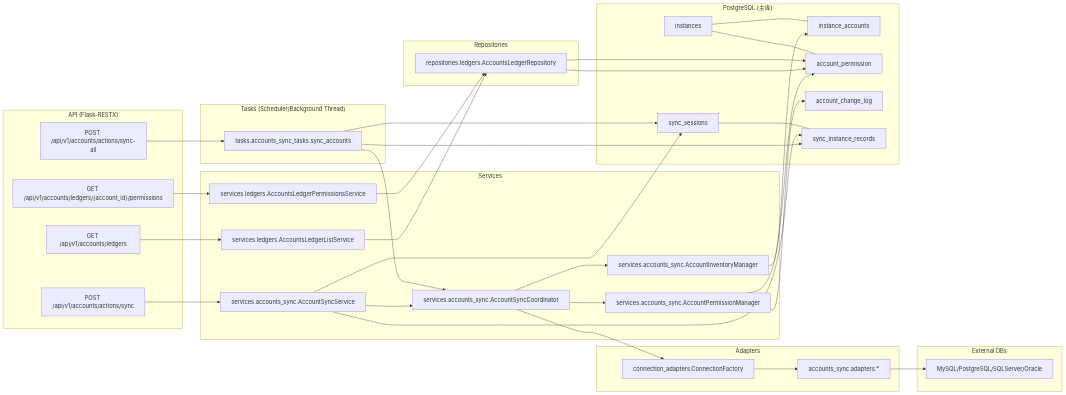
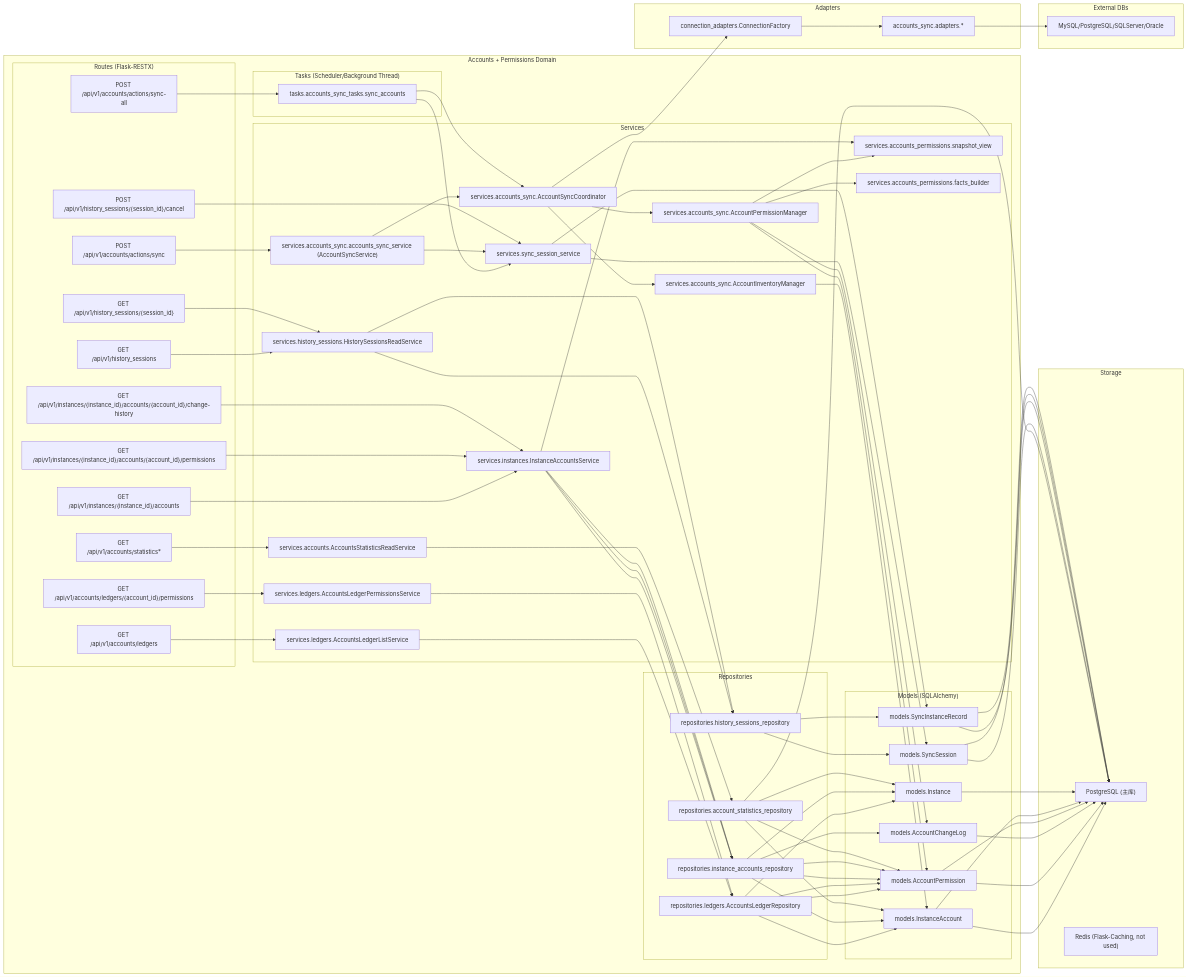
One commit to nyealovey/WhaleFall changed the first of 11 diagrams in docs/architecture/accounts-permissions-domain.md. Above: the diagram before and after it, drawn with Mermaid. The commit also changed other lines of this file, not shown here.

Commit message:
新增账户域
💎 Built using [Crystal](https://github.com/stravu/crystal)

````diff
--- a/docs/architecture/accounts-permissions-domain.md
+++ b/docs/architecture/accounts-permissions-domain.md
@@ -31,27 +31,56 @@
 ```mermaid
 flowchart LR
-  subgraph API["API (Flask-RESTX)"]
-    SyncAll["POST /api/v1/accounts/actions/sync-all"]
-    SyncOne["POST /api/v1/accounts/actions/sync"]
-    LedgerList["GET /api/v1/accounts/ledgers"]
-    LedgerPerm["GET /api/v1/accounts/ledgers/{account_id}/permissions"]
-  end
+  subgraph Domain["Accounts + Permissions Domain"]
+    subgraph Routes["Routes (Flask-RESTX)"]
+      SyncAll["POST /api/v1/accounts/actions/sync-all"]
+      SyncOne["POST /api/v1/accounts/actions/sync"]
+      LedgerList["GET /api/v1/accounts/ledgers"]
+      LedgerPerm["GET /api/v1/accounts/ledgers/{account_id}/permissions"]
+      Stats["GET /api/v1/accounts/statistics*"]
 
-  subgraph Tasks["Tasks (Scheduler/Background Thread)"]
-    SyncTask["tasks.accounts_sync_tasks.sync_accounts"]
-  end
+      InstAccounts["GET /api/v1/instances/{instance_id}/accounts"]
+      InstPerm["GET /api/v1/instances/{instance_id}/accounts/{account_id}/permissions"]
+      InstHistory["GET /api/v1/instances/{instance_id}/accounts/{account_id}/change-history"]
 
-  subgraph Services["Services"]
-    SyncSvc["services.accounts_sync.AccountSyncService"]
-    Coordinator["services.accounts_sync.AccountSyncCoordinator"]
-    Inventory["services.accounts_sync.AccountInventoryManager"]
-    PermMgr["services.accounts_sync.AccountPermissionManager"]
-    LedgerListSvc["services.ledgers.AccountsLedgerListService"]
-    LedgerPermSvc["services.ledgers.AccountsLedgerPermissionsService"]
-  end
+      SessList["GET /api/v1/history_sessions"]
+      SessDetail["GET /api/v1/history_sessions/{session_id}"]
+      SessCancel["POST /api/v1/history_sessions/{session_id}/cancel"]
+    end
 
-  subgraph Repos["Repositories"]
-    LedgerRepo["repositories.ledgers.AccountsLedgerRepository"]
+    subgraph Tasks["Tasks (Scheduler/Background Thread)"]
+      SyncTask["tasks.accounts_sync_tasks.sync_accounts"]
+    end
+
+    subgraph Services["Services"]
+      SyncSvc["services.accounts_sync.accounts_sync_service (AccountSyncService)"]
+      Coordinator["services.accounts_sync.AccountSyncCoordinator"]
+      Inventory["services.accounts_sync.AccountInventoryManager"]
+      PermMgr["services.accounts_sync.AccountPermissionManager"]
+      SnapshotView["services.accounts_permissions.snapshot_view"]
+      FactsBuilder["services.accounts_permissions.facts_builder"]
+      SessSvc["services.sync_session_service"]
+      LedgerListSvc["services.ledgers.AccountsLedgerListService"]
+      LedgerPermSvc["services.ledgers.AccountsLedgerPermissionsService"]
+      InstAccountsSvc["services.instances.InstanceAccountsService"]
+      StatsSvc["services.accounts.AccountsStatisticsReadService"]
+      SessReadSvc["services.history_sessions.HistorySessionsReadService"]
+    end
+
+    subgraph Repos["Repositories"]
+      LedgerRepo["repositories.ledgers.AccountsLedgerRepository"]
+      InstRepo["repositories.instance_accounts_repository"]
+      StatsRepo["repositories.account_statistics_repository"]
+      SessRepo["repositories.history_sessions_repository"]
+    end
+
+    subgraph Models["Models (SQLAlchemy)"]
+      MInst["models.Instance"]
+      MIA["models.InstanceAccount"]
+      MAP["models.AccountPermission"]
+      MLog["models.AccountChangeLog"]
+      MSess["models.SyncSession"]
+      MRec["models.SyncInstanceRecord"]
+    end
   end
 
   subgraph Adapters["Adapters"]
@@ -59,13 +88,9 @@
     AccountAdapter["accounts_sync.adapters.*"]
   end
 
-  subgraph DB["PostgreSQL (主库)"]
-    TIA["instance_accounts"]
-    TAP["account_permission"]
-    TLOG["account_change_log"]
-    TSESS["sync_sessions"]
-    TREC["sync_instance_records"]
-    TINST["instances"]
+  subgraph Storage["Storage"]
+    PG["PostgreSQL (主库)"]
+    Redis["Redis (Flask-Caching, not used)"]
   end
 
   subgraph External["External DBs"]
@@ -74,22 +99,40 @@
 
   SyncOne --> SyncSvc --> Coordinator
   SyncAll --> SyncTask
+  SyncTask --> SessSvc
   SyncTask --> Coordinator
+  SyncSvc --> SessSvc
 
   Coordinator --> ConnFactory --> AccountAdapter --> X1
-  Coordinator --> Inventory --> TIA
-  Coordinator --> PermMgr --> TAP
-  PermMgr --> TLOG
+  Coordinator --> Inventory --> MIA --> PG
+  Coordinator --> PermMgr --> MAP --> PG
+  PermMgr --> MLog --> PG
+  PermMgr --> SnapshotView
+  PermMgr --> FactsBuilder
 
-  SyncTask --> TSESS
-  SyncTask --> TREC
-  SyncSvc --> TSESS
-  SyncSvc --> TREC
+  LedgerList --> LedgerListSvc --> LedgerRepo --> MAP
+  LedgerPerm --> LedgerPermSvc --> LedgerRepo --> MAP
+  LedgerRepo --> MIA
+  LedgerRepo --> MInst
+  MAP --> PG
+  MIA --> PG
+  MInst --> PG
 
-  LedgerList --> LedgerListSvc --> LedgerRepo --> TAP
-  LedgerPerm --> LedgerPermSvc --> LedgerRepo --> TAP
+  InstAccounts --> InstAccountsSvc --> InstRepo --> MAP
+  InstPerm --> InstAccountsSvc --> InstRepo --> MAP
+  InstHistory --> InstAccountsSvc --> InstRepo --> MLog
+  InstAccountsSvc --> SnapshotView
+  InstRepo --> MIA
+  InstRepo --> MInst
 
-  TINST --- TIA
-  TINST --- TAP
-  TSESS --- TREC
+  Stats --> StatsSvc --> StatsRepo --> PG
+  StatsRepo --> MAP
+  StatsRepo --> MIA
+  StatsRepo --> MInst
+
+  SessList --> SessReadSvc --> SessRepo --> MSess --> PG
+  SessDetail --> SessReadSvc --> SessRepo
+  SessRepo --> MRec --> PG
+  SessCancel --> SessSvc --> MSess --> PG
+  SessSvc --> MRec --> PG
 ```
````
